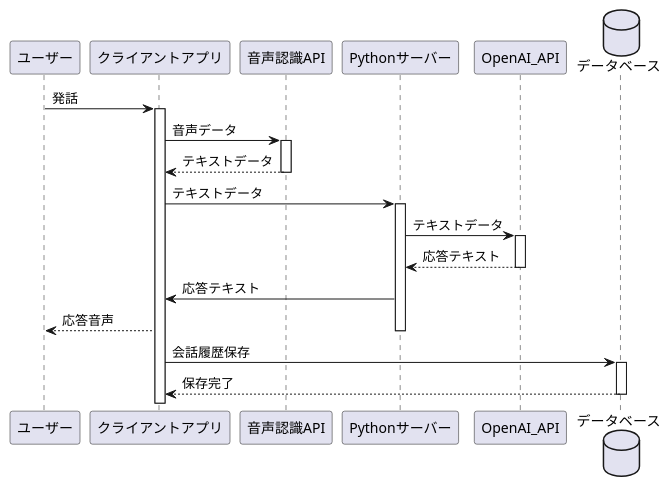
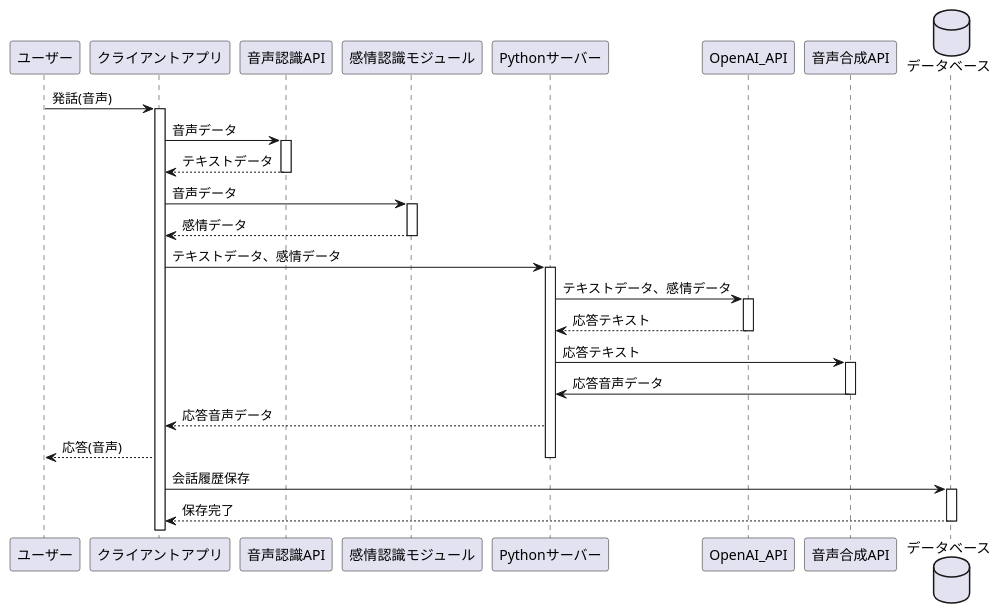
One commit to t012093/ar-character-ai changed the second of 4 diagrams in doc/detailed_design.md. Above: the diagram before and after it, drawn with PlantUML. The commit also changed other lines of this file and 2 other files, not shown here.

````diff
--- a/doc/detailed_design.md
+++ b/doc/detailed_design.md
@@ -212,30 +231,40 @@
 ```plantuml
 @startuml
 participant ユーザー as User
 participant クライアントアプリ as Client
 participant 音声認識API as SpeechAPI
+participant 感情認識モジュール as Emotion
 participant Pythonサーバー as Server
 participant OpenAI_API as OpenAI
+participant 音声合成API as TTS
 database データベース as DB
 
-User -> Client : 発話
+User -> Client : 発話(音声)
 activate Client
 Client -> SpeechAPI : 音声データ
 activate SpeechAPI
 SpeechAPI --> Client : テキストデータ
 deactivate SpeechAPI
-Client -> Server : テキストデータ
+Client -> Emotion : 音声データ
+activate Emotion
+Emotion --> Client : 感情データ
+deactivate Emotion
+Client -> Server : テキストデータ、感情データ
 activate Server
-Server -> OpenAI : テキストデータ
+Server -> OpenAI : テキストデータ、感情データ
 activate OpenAI
 OpenAI --> Server : 応答テキスト
 deactivate OpenAI
-Server -> Client : 応答テキスト
-Client --> User : 応答音声
+Server -> TTS : 応答テキスト
+activate TTS
+TTS -> Server : 応答音声データ
+deactivate TTS
+Server --> Client : 応答音声データ
+Client --> User : 応答(音声)
 deactivate Server
 Client -> DB : 会話履歴保存
 activate DB
 DB --> Client : 保存完了
 deactivate DB
 @enduml
 ```
````
